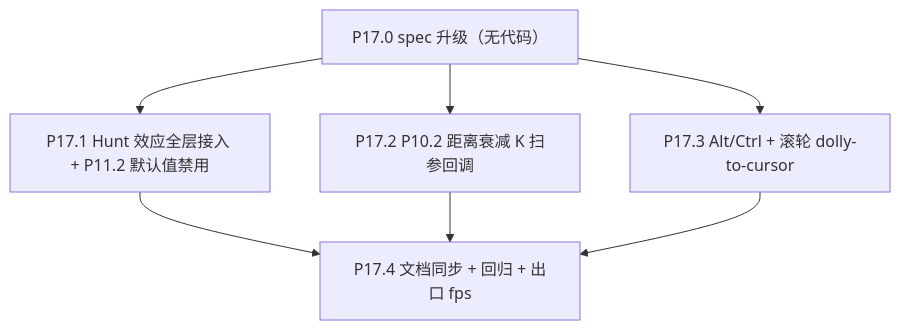
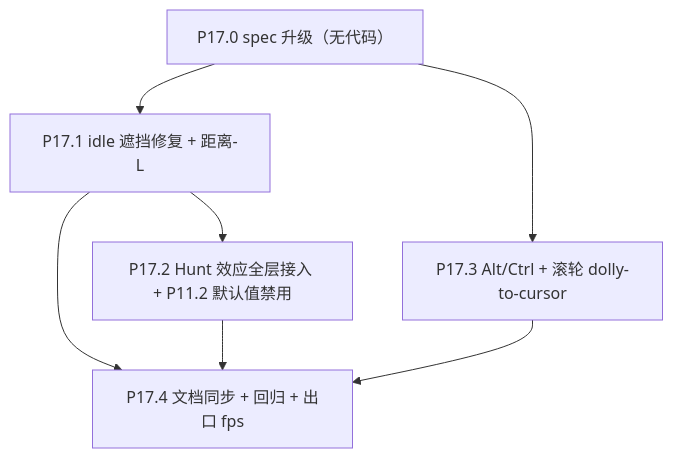
One commit to XYBuilds/chronicle_v3_3d_galaxy changed the diagram in .cursor/plans/phase_17_visual_system_upgrade_e8b64dbb.plan.md. Above: the diagram before and after it, drawn with Mermaid. The commit also changed other lines of this file, not shown here.

````diff
--- a/.cursor/plans/phase_17_visual_system_upgrade_e8b64dbb.plan.md
+++ b/.cursor/plans/phase_17_visual_system_upgrade_e8b64dbb.plan.md
@@ -61,15 +65,15 @@
 ```mermaid
 flowchart TD
     P170["P17.0 spec 升级（无代码）"]
-    P171["P17.1 Hunt 效应全层接入 + P11.2 默认值禁用"]
-    P172["P17.2 P10.2 距离衰减 K 扫参回调"]
+    P171["P17.1 idle 遮挡修复 + 距离-L"]
+    P172["P17.2 Hunt 效应全层接入 + P11.2 默认值禁用"]
     P173["P17.3 Alt/Ctrl + 滚轮 dolly-to-cursor"]
     P174["P17.4 文档同步 + 回归 + 出口 fps"]
 
     P170 --> P171
-    P170 --> P172
+    P171 --> P172
     P170 --> P173
     P171 --> P174
     P172 --> P174
     P173 --> P174
 ```
````
